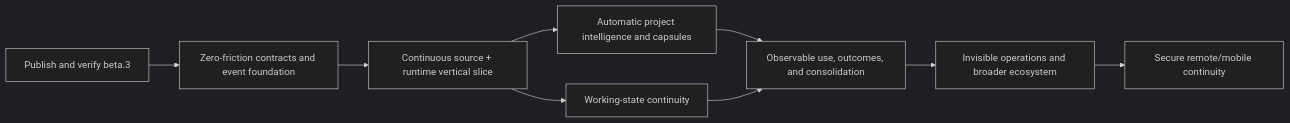
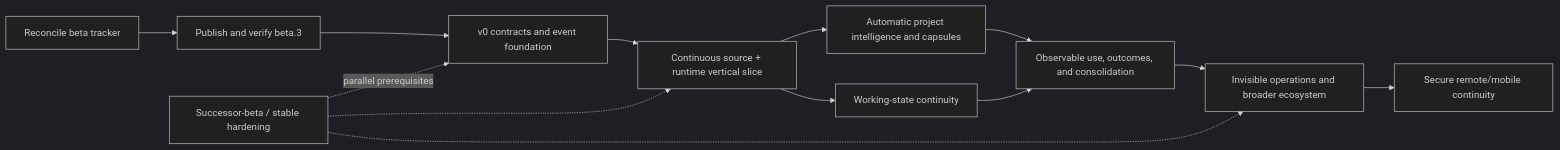
One commit to Martian-ux/All-The-Context changed the diagram in docs/product/ZERO_FRICTION_EXECUTION_PLAN.md. Above: the diagram before and after it, drawn with Mermaid (dark theme). The commit also changed other lines of this file, not shown here.

Commit message:
Align zero-friction execution plan with review

````diff
--- a/docs/product/ZERO_FRICTION_EXECUTION_PLAN.md
+++ b/docs/product/ZERO_FRICTION_EXECUTION_PLAN.md
@@ -50,11 +78,16 @@
 ```mermaid
 flowchart LR
-  V1["Publish and verify beta.3"] --> F["Zero-friction contracts and event foundation"]
+  T["Reconcile beta tracker"] --> V1["Publish and verify beta.3"]
+  V1 --> F["v0 contracts and event foundation"]
   F --> S["Continuous source + runtime vertical slice"]
   S --> P["Automatic project intelligence and capsules"]
   S --> W["Working-state continuity"]
   P --> O["Observable use, outcomes, and consolidation"]
   W --> O
   O --> M["Invisible operations and broader ecosystem"]
   M --> R["Secure remote/mobile continuity"]
+
+  H["Successor-beta / stable hardening"] -. "parallel prerequisites" .-> F
+  H -.-> S
+  H -.-> M
 ```
````
